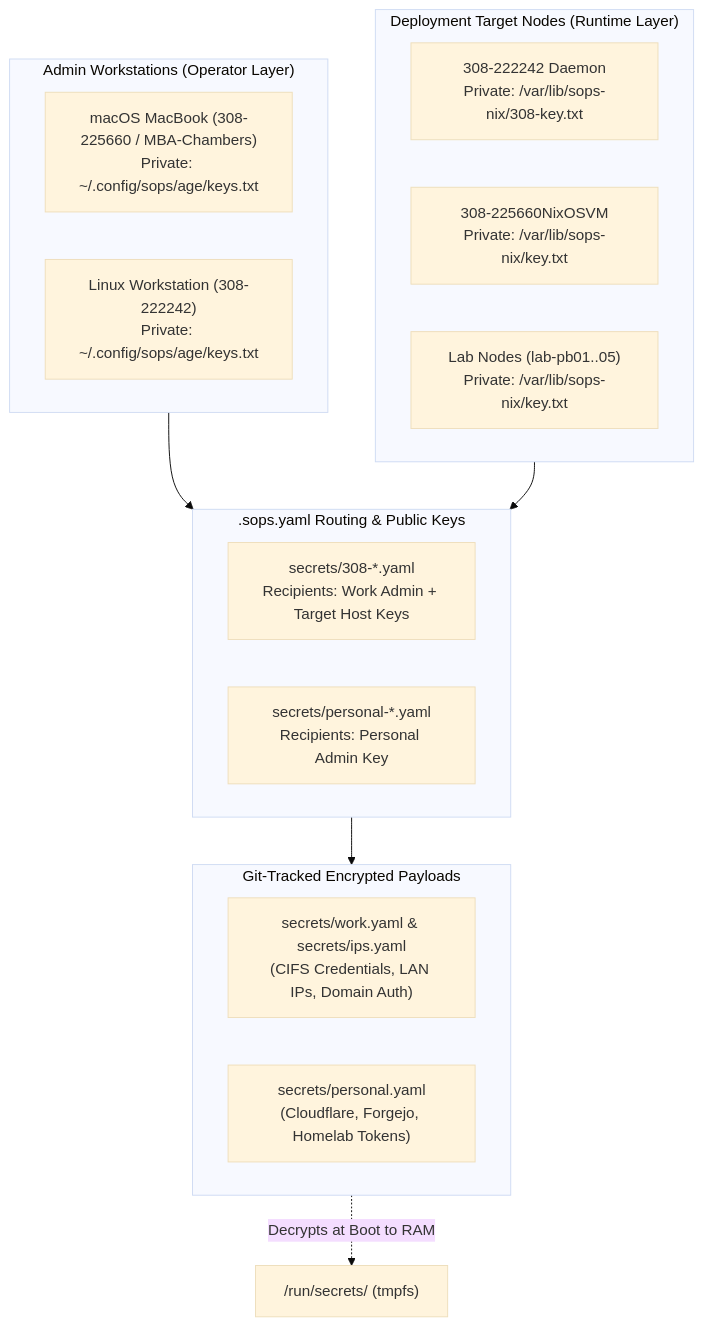
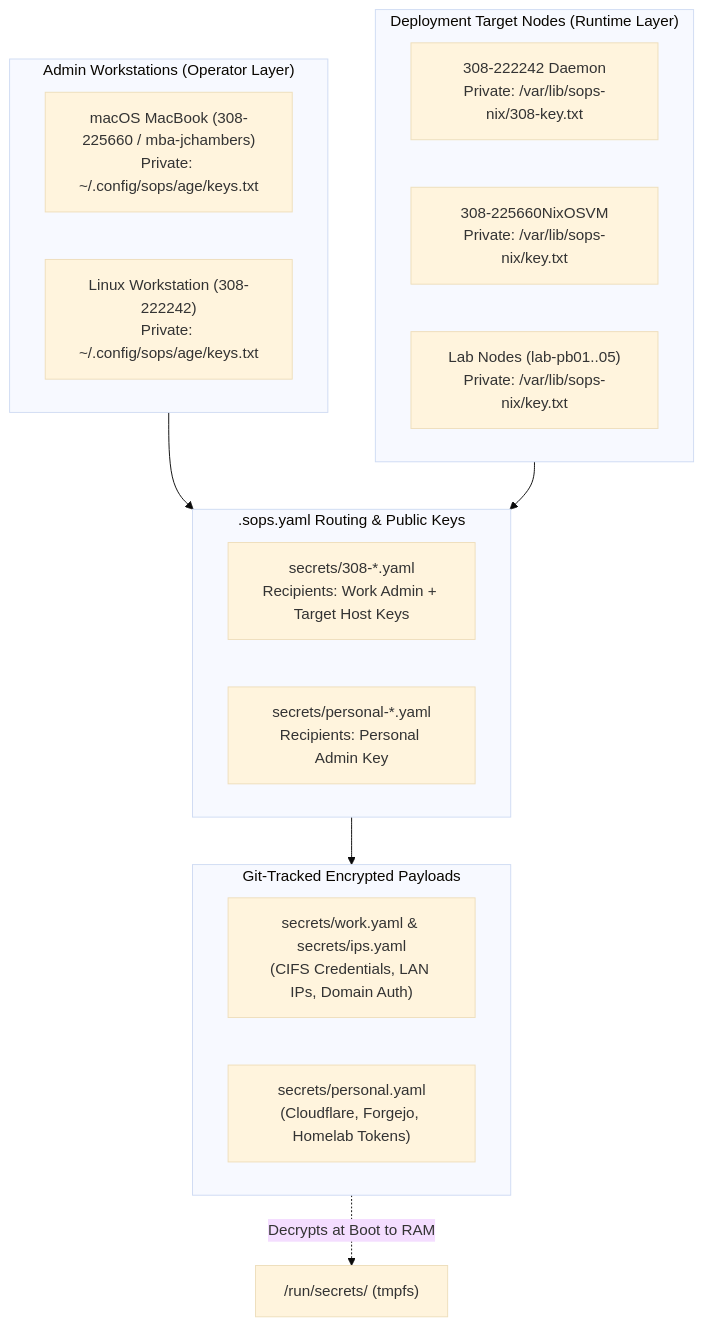
One commit to jdchamb/infra changed the diagram in docs/sops-bootstrap-runbook.md. Above: the diagram before and after it, drawn with Mermaid (base theme). The commit also changed 11 other files, not shown here.

First line of the commit message:
feat(darwin): enable remote login and rename MBA-Chambers to mba-jchambers

````diff
--- a/docs/sops-bootstrap-runbook.md
+++ b/docs/sops-bootstrap-runbook.md
@@ -27,28 +27,28 @@
 ```mermaid
 flowchart TD
     subgraph Admins ["Admin Workstations (Operator Layer)"]
-        MAC["macOS MacBook (308-225660 / MBA-Chambers)<br/>Private: ~/.config/sops/age/keys.txt"]
+        MAC["macOS MacBook (308-225660 / mba-jchambers)<br/>Private: ~/.config/sops/age/keys.txt"]
         WS["Linux Workstation (308-222242)<br/>Private: ~/.config/sops/age/keys.txt"]
     end
 
     subgraph Targets ["Deployment Target Nodes (Runtime Layer)"]
         NIXOS_WS["308-222242 Daemon<br/>Private: /var/lib/sops-nix/308-key.txt"]
         NIXOS_VM["308-225660NixOSVM<br/>Private: /var/lib/sops-nix/key.txt"]
         LAB["Lab Nodes (lab-pb01..05)<br/>Private: /var/lib/sops-nix/key.txt"]
     end
 
     subgraph Config [".sops.yaml Routing & Public Keys"]
         RULE_WORK["secrets/308-*.yaml<br/>Recipients: Work Admin + Target Host Keys"]
         RULE_PERS["secrets/personal-*.yaml<br/>Recipients: Personal Admin Key"]
     end
 
     subgraph Files ["Git-Tracked Encrypted Payloads"]
         SEC_WORK["secrets/work.yaml & secrets/ips.yaml<br/>(CIFS Credentials, LAN IPs, Domain Auth)"]
         SEC_PERS["secrets/personal.yaml<br/>(Cloudflare, Forgejo, Homelab Tokens)"]
     end
 
     Admins --> Config
     Targets --> Config
     Config --> Files
     Files -. Decrypts at Boot to RAM .-> RAM["/run/secrets/ (tmpfs)"]
 ```
````
